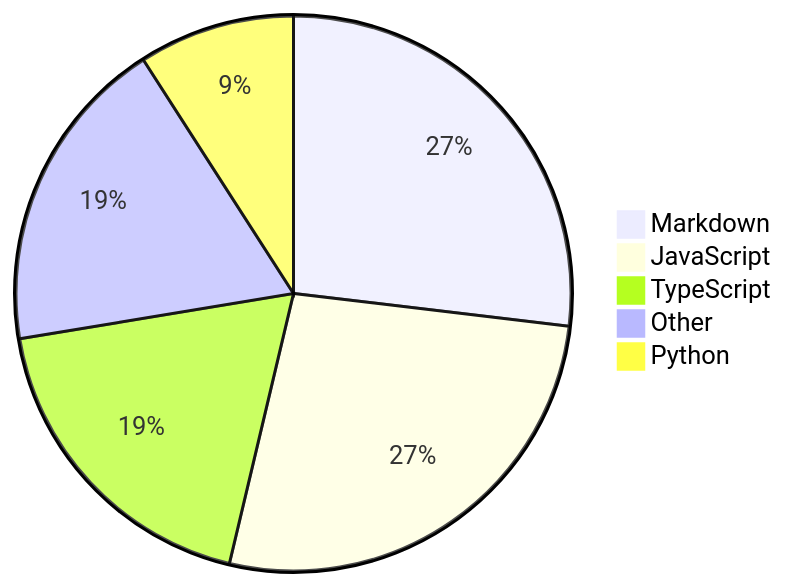
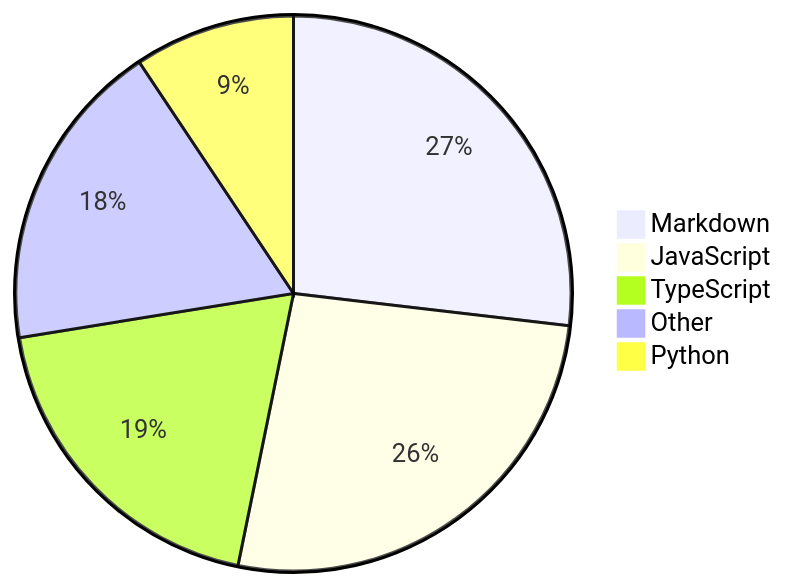
Before and after one commit to Alicia111/alicia111: the diagram in README.md, drawn with Mermaid.

Commit message:
Update WakaTime stats (・ω・)b

````diff
--- a/README.md
+++ b/README.md
@@ -32,8 +32,8 @@
 ```mermaid
 pie
-    "Markdown" : 20.91
-    "JavaScript" : 20.86
-    "TypeScript" : 14.53
-    "Other" : 14.4
-    "Python" : 7.07
+    "Markdown" : 21.96
+    "JavaScript" : 21.54
+    "TypeScript" : 15.74
+    "Other" : 14.87
+    "Python" : 7.65
 ```
````
